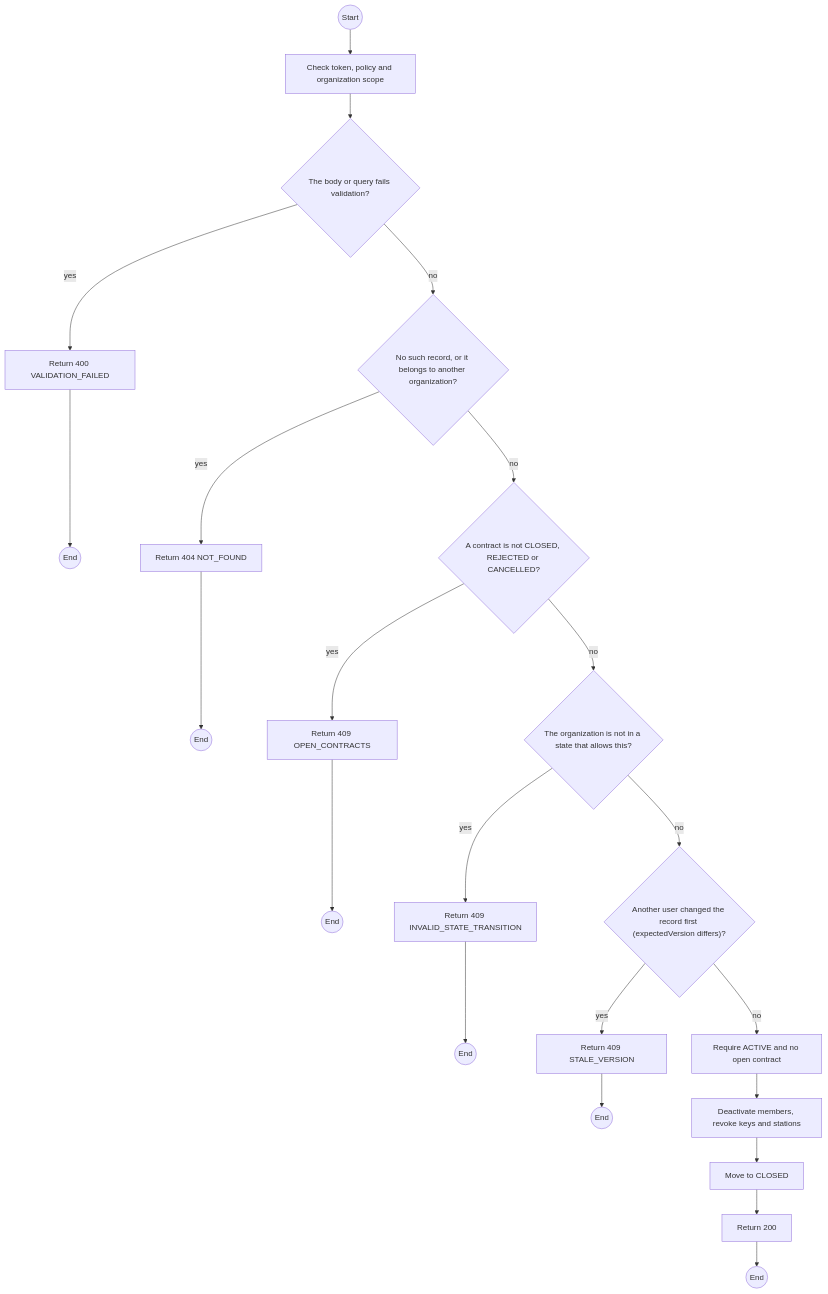
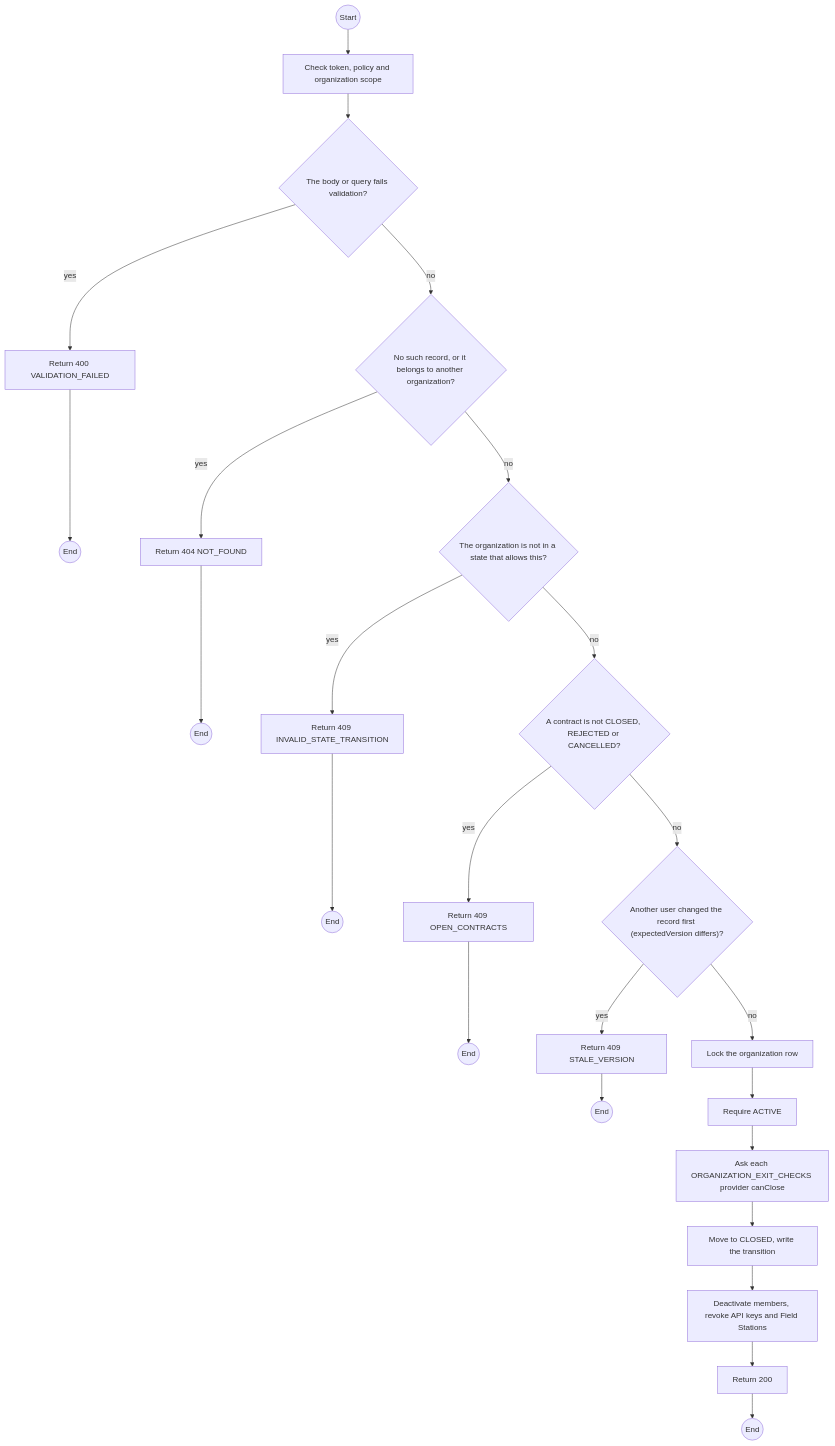
The first of 2 diagrams in specs/organizations/api-design/10-post-organizations-id-close.md (TrekLink-Team/treklink-web), drawn with Mermaid before and after one commit. The commit also changed other lines of this file and 7 other files, not shown here.

````diff
--- a/specs/organizations/api-design/10-post-organizations-id-close.md
+++ b/specs/organizations/api-design/10-post-organizations-id-close.md
@@ -197,40 +197,44 @@
 ```mermaid
 flowchart TB
     S((Start))
     A0["Check token, policy and organization scope"]
     S --> A0
     D1{"The body or query fails validation?"}
     A0 --> D1
     E1["Return 400 VALIDATION_FAILED"]
     D1 -->|yes| E1
     E1 --> X1((End))
     D2{"No such record, or it belongs to another organization?"}
     D1 -->|no| D2
     E2["Return 404 NOT_FOUND"]
     D2 -->|yes| E2
     E2 --> X2((End))
-    D3{"A contract is not CLOSED, REJECTED or CANCELLED?"}
+    D3{"The organization is not in a state that allows this?"}
     D2 -->|no| D3
-    E3["Return 409 OPEN_CONTRACTS"]
+    E3["Return 409 INVALID_STATE_TRANSITION"]
     D3 -->|yes| E3
     E3 --> X3((End))
-    D4{"The organization is not in a state that allows this?"}
+    D4{"A contract is not CLOSED, REJECTED or CANCELLED?"}
     D3 -->|no| D4
-    E4["Return 409 INVALID_STATE_TRANSITION"]
+    E4["Return 409 OPEN_CONTRACTS"]
     D4 -->|yes| E4
     E4 --> X4((End))
     D5{"Another user changed the record first (expectedVersion differs)?"}
     D4 -->|no| D5
     E5["Return 409 STALE_VERSION"]
     D5 -->|yes| E5
     E5 --> X5((End))
-    P0["Require ACTIVE and no open contract"]
+    P0["Lock the organization row"]
     D5 -->|no| P0
-    P1["Deactivate members, revoke keys and stations"]
+    P1["Require ACTIVE"]
     P0 --> P1
-    P2["Move to CLOSED"]
+    P2["Ask each ORGANIZATION_EXIT_CHECKS provider canClose"]
     P1 --> P2
+    P3["Move to CLOSED, write the transition"]
+    P2 --> P3
+    P4["Deactivate members, revoke API keys and Field Stations"]
+    P3 --> P4
     OK["Return 200"]
-    P2 --> OK
+    P4 --> OK
     OK --> Z((End))
 ```
````
